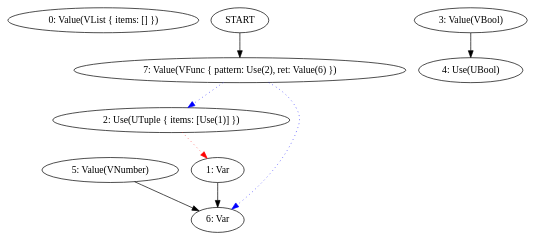
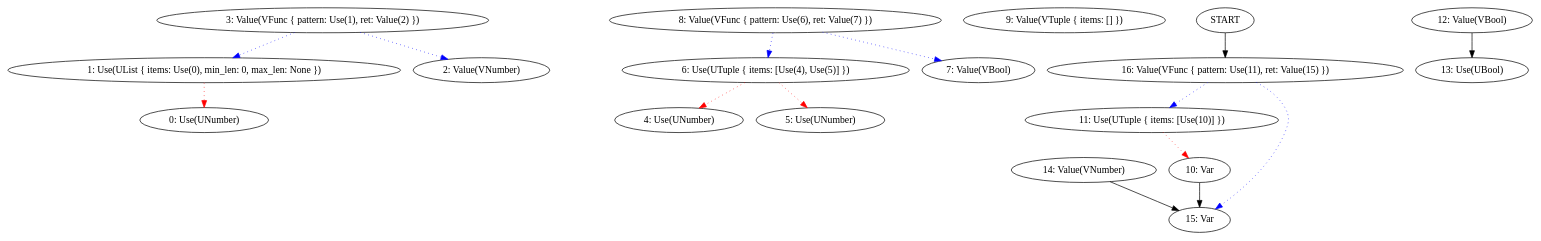
The diagram in docs/log/2025-06-18.md (frondeus/project-s), drawn with Graphviz before and after one commit. The commit also changed 14 other files, not shown here.

````diff
--- a/docs/log/2025-06-18.md
+++ b/docs/log/2025-06-18.md
@@ -18,20 +18,36 @@
 ```graphviz
 digraph G {
-N0 [label="0: Value(VList { items: [] })"];
-N1 [label="1: Var"];
-N2 [label="2: Use(UTuple { items: [Use(1)] })"];
-N3 [label="3: Value(VBool)"];
-N4 [label="4: Use(UBool)"];
-N5 [label="5: Value(VNumber)"];
-N6 [label="6: Var"];
-N7 [label="7: Value(VFunc { pattern: Use(2), ret: Value(6) })"];
-START -> N7
-N2 -> N1 [color=red, style=dotted];
-N7 -> N2 [color=blue, style=dotted];
-N7 -> N6 [color=blue, style=dotted];
-N1 -> N6;
-N3 -> N4;
-N5 -> N6;
+N0 [label="0: Use(UNumber)"];
+N1 [label="1: Use(UList { items: Use(0), min_len: 0, max_len: None })"];
+N2 [label="2: Value(VNumber)"];
+N3 [label="3: Value(VFunc { pattern: Use(1), ret: Value(2) })"];
+N4 [label="4: Use(UNumber)"];
+N5 [label="5: Use(UNumber)"];
+N6 [label="6: Use(UTuple { items: [Use(4), Use(5)] })"];
+N7 [label="7: Value(VBool)"];
+N8 [label="8: Value(VFunc { pattern: Use(6), ret: Value(7) })"];
+N9 [label="9: Value(VTuple { items: [] })"];
+N10 [label="10: Var"];
+N11 [label="11: Use(UTuple { items: [Use(10)] })"];
+N12 [label="12: Value(VBool)"];
+N13 [label="13: Use(UBool)"];
+N14 [label="14: Value(VNumber)"];
+N15 [label="15: Var"];
+N16 [label="16: Value(VFunc { pattern: Use(11), ret: Value(15) })"];
+START -> N16
+N1 -> N0 [color=red, style=dotted];
+N3 -> N1 [color=blue, style=dotted];
+N3 -> N2 [color=blue, style=dotted];
+N6 -> N4 [color=red, style=dotted];
+N6 -> N5 [color=red, style=dotted];
+N8 -> N6 [color=blue, style=dotted];
+N8 -> N7 [color=blue, style=dotted];
+N11 -> N10 [color=red, style=dotted];
+N16 -> N11 [color=blue, style=dotted];
+N16 -> N15 [color=blue, style=dotted];
+N10 -> N15;
+N12 -> N13;
+N14 -> N15;
 }
 
 ```
````
